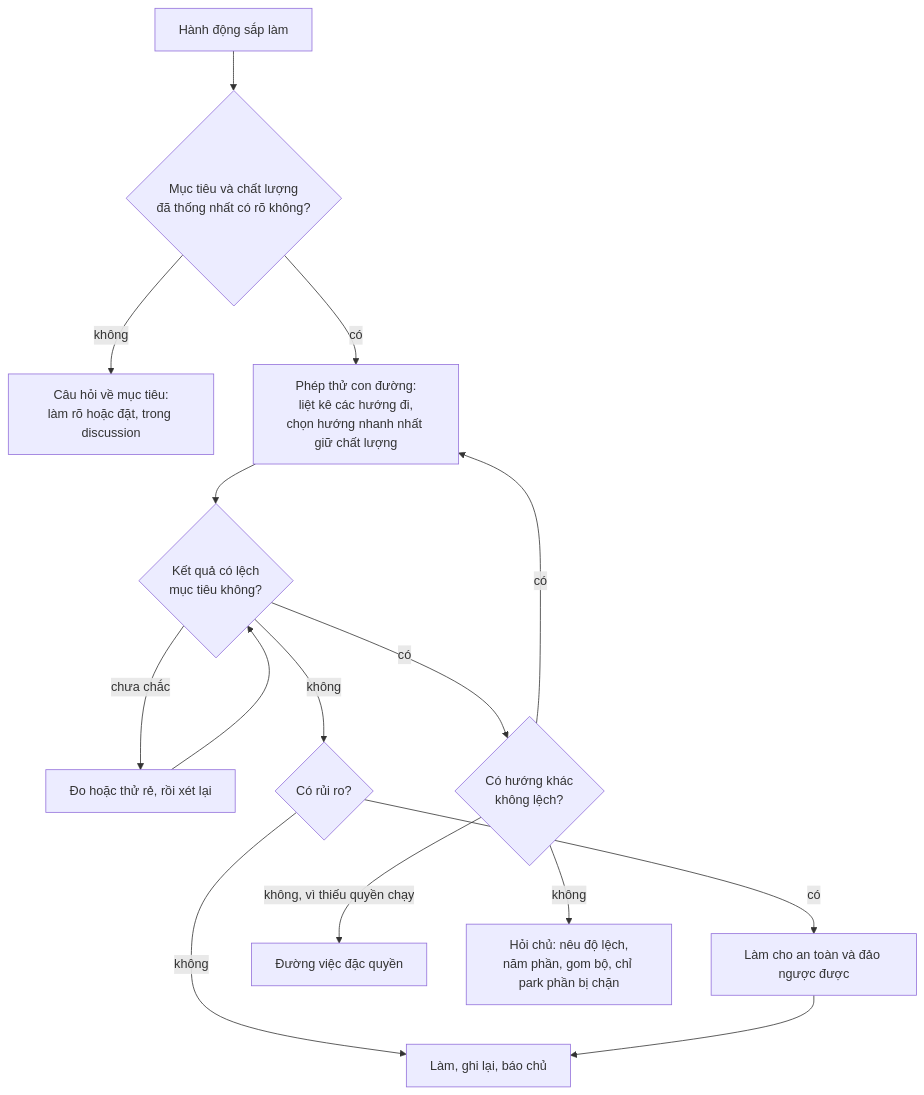
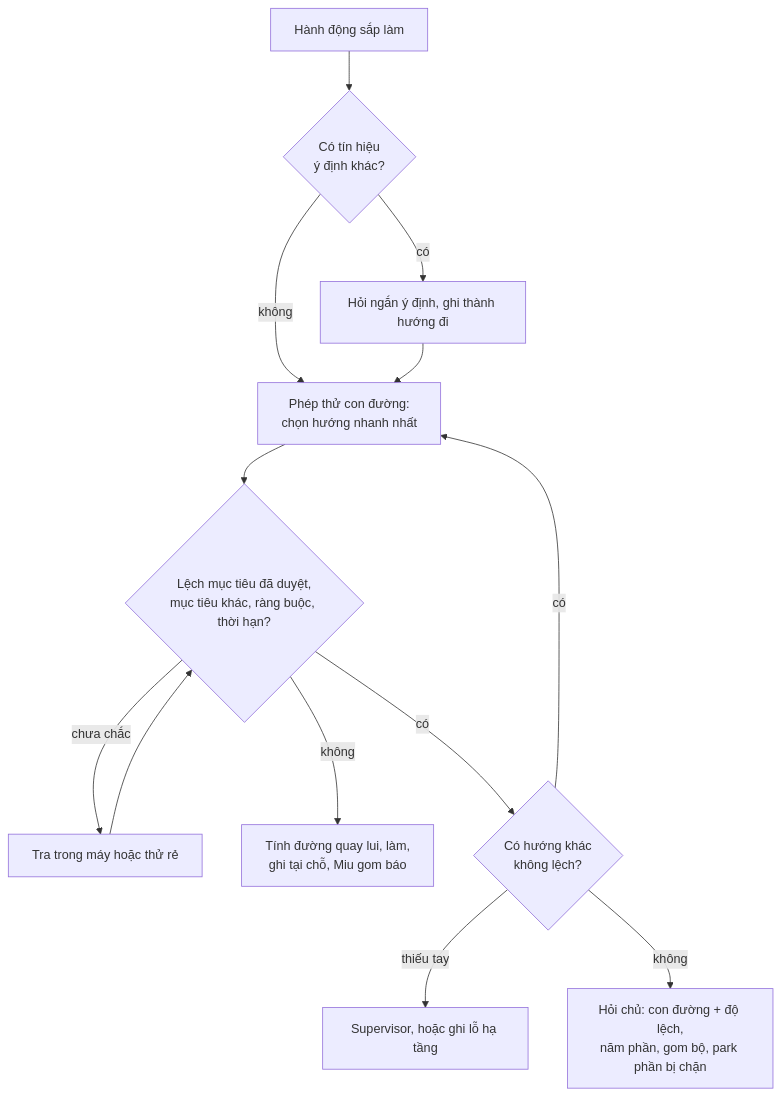
One commit to vantt/forgent changed the diagram in plans/discussions/ds-jxoz3h2qgk-when-to-ask/DISCUSSION.md. Above: the diagram before and after it, drawn with Mermaid. The commit also changed other lines of this file, not shown here.

Commit message:
discussion(when-to-ask): one decision checklist; one-big-step as a lens with the owner's explanation

````diff
--- a/plans/discussions/ds-jxoz3h2qgk-when-to-ask/DISCUSSION.md
+++ b/plans/discussions/ds-jxoz3h2qgk-when-to-ask/DISCUSSION.md
@@ -132,17 +134,15 @@
 ```mermaid
 flowchart TD
-  A[Hành động sắp làm] --> G{Mục tiêu và chất lượng<br/>đã thống nhất có rõ không?}
-  G -- không --> QG[Câu hỏi về mục tiêu:<br/>làm rõ hoặc đặt, trong discussion]
-  G -- có --> P[Phép thử con đường:<br/>liệt kê các hướng đi,<br/>chọn hướng nhanh nhất giữ chất lượng]
-  P --> C{Kết quả có lệch<br/>mục tiêu không?}
-  C -- chưa chắc --> M[Đo hoặc thử rẻ, rồi xét lại]
-  M --> C
-  C -- không --> R{Có rủi ro?}
-  R -- có --> SAFE[Làm cho an toàn và đảo ngược được]
-  R -- không --> DO
-  SAFE --> DO[Làm, ghi lại, báo chủ]
+  A[Hành động sắp làm] --> I{Có tín hiệu<br/>ý định khác?}
+  I -- có --> CI[Hỏi ngắn ý định, ghi thành hướng đi]
+  I -- không --> P[Phép thử con đường:<br/>chọn hướng nhanh nhất]
+  CI --> P
+  P --> C{Lệch mục tiêu đã duyệt,<br/>mục tiêu khác, ràng buộc, thời hạn?}
+  C -- chưa chắc --> L[Tra trong máy hoặc thử rẻ]
+  L --> C
+  C -- không --> R[Tính đường quay lui, làm,<br/>ghi tại chỗ, Miu gom báo]
   C -- có --> ALT{Có hướng khác<br/>không lệch?}
   ALT -- có --> P
-  ALT -- không, vì thiếu quyền chạy --> H[Đường việc đặc quyền]
-  ALT -- không --> ASK[Hỏi chủ: nêu độ lệch,<br/>năm phần, gom bộ, chỉ park phần bị chặn]
+  ALT -- thiếu tay --> H[Supervisor, hoặc ghi lỗ hạ tầng]
+  ALT -- không --> ASK[Hỏi chủ: con đường + độ lệch,<br/>năm phần, gom bộ, park phần bị chặn]
 ```
````
